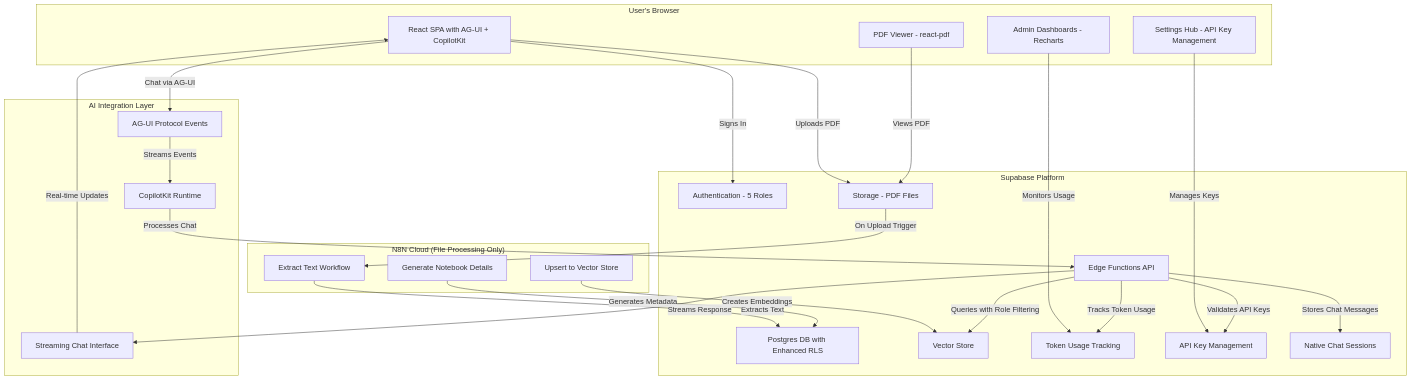
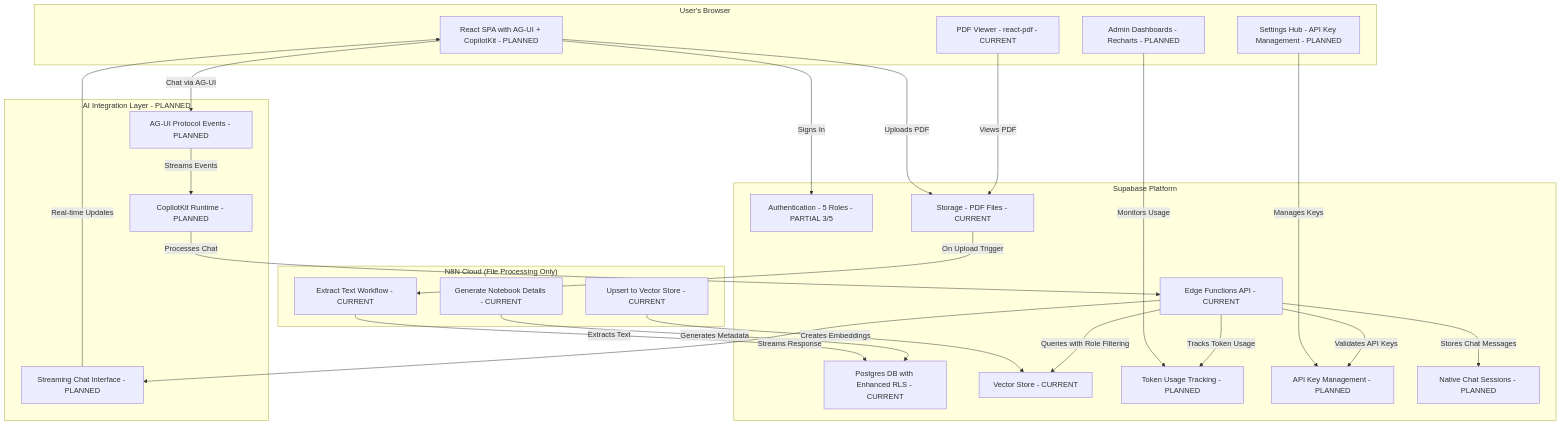
One commit to demigod97/hhpolicy-ai changed the first of 2 diagrams in docs/architecture/high-level-architecture.md. Above: the diagram before and after it, drawn with Mermaid. The commit also changed other lines of this file and 105 other files, not shown here.

````diff
--- a/docs/architecture/high-level-architecture.md
+++ b/docs/architecture/high-level-architecture.md
@@ -9,54 +20,54 @@
 ```mermaid
 graph TD
     subgraph "User's Browser"
-        A[React SPA with AG-UI + CopilotKit]
-        A1[PDF Viewer - react-pdf]
-        A2[Admin Dashboards - Recharts]
-        A3[Settings Hub - API Key Management]
+        A[React SPA with AG-UI + CopilotKit - PLANNED]
+        A1[PDF Viewer - react-pdf - CURRENT]
+        A2[Admin Dashboards - Recharts - PLANNED]
+        A3[Settings Hub - API Key Management - PLANNED]
     end
 
     subgraph "Supabase Platform"
-        B[Edge Functions API]
-        C[Authentication - 5 Roles]
-        D[Storage - PDF Files]
-        E[Postgres DB with Enhanced RLS]
-        F[Vector Store]
-        G[Token Usage Tracking]
-        H[API Key Management]
-        I[Native Chat Sessions]
+        B[Edge Functions API - CURRENT]
+        C[Authentication - 5 Roles - PARTIAL 3/5]
+        D[Storage - PDF Files - CURRENT]
+        E[Postgres DB with Enhanced RLS - CURRENT]
+        F[Vector Store - CURRENT]
+        G[Token Usage Tracking - PLANNED]
+        H[API Key Management - PLANNED]
+        I[Native Chat Sessions - PLANNED]
     end
 
     subgraph "N8N Cloud (File Processing Only)"
-        J[Extract Text Workflow]
-        K[Upsert to Vector Store]
-        L[Generate Notebook Details]
+        J[Extract Text Workflow - CURRENT]
+        K[Upsert to Vector Store - CURRENT]
+        L[Generate Notebook Details - CURRENT]
     end
 
-    subgraph "AI Integration Layer"
-        M[AG-UI Protocol Events]
-        N[CopilotKit Runtime]
-        O[Streaming Chat Interface]
+    subgraph "AI Integration Layer - PLANNED"
+        M[AG-UI Protocol Events - PLANNED]
+        N[CopilotKit Runtime - PLANNED]
+        O[Streaming Chat Interface - PLANNED]
     end
 
     A -- "Signs In" --> C
     A -- "Uploads PDF" --> D
     A -- "Chat via AG-UI" --> M
     A1 -- "Views PDF" --> D
     A2 -- "Monitors Usage" --> G
     A3 -- "Manages Keys" --> H
-    
+
     D -- "On Upload Trigger" --> J
     M -- "Streams Events" --> N
     N -- "Processes Chat" --> B
 
     J -- "Extracts Text" --> E
     K -- "Creates Embeddings" --> F
     L -- "Generates Metadata" --> E
 
     B -- "Queries with Role Filtering" --> F
     B -- "Tracks Token Usage" --> G
     B -- "Validates API Keys" --> H
     B -- "Stores Chat Messages" --> I
     B -- "Streams Response" --> O
     O -- "Real-time Updates" --> A
 ```
````
